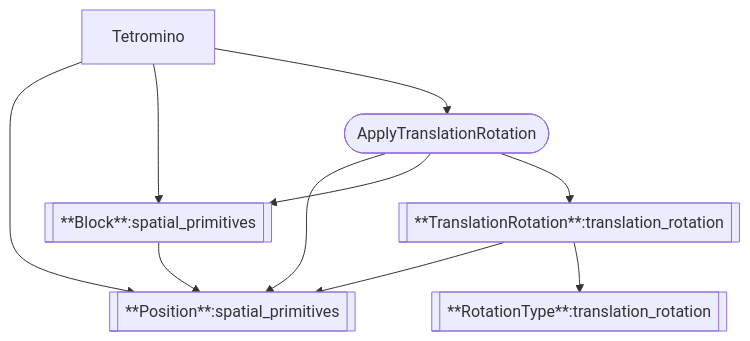
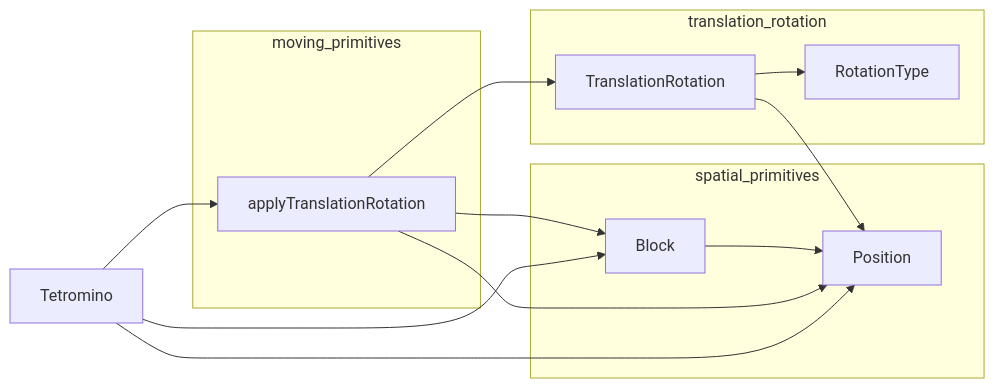
The diagram in src/app/player/back_end/flowgraph.md (inesvar/tetris), drawn with Mermaid before and after one commit. The commit also changed 7 other files, not shown here.

Commit message:
back_end: Create mod moving_primitives

````diff
--- a/src/app/player/back_end/flowgraph.md
+++ b/src/app/player/back_end/flowgraph.md
@@ -1,17 +1,26 @@
 ```mermaid
-graph TD;
-    Position[[**Position**:spatial_primitives]];
-    Block[[**Block**:spatial_primitives]];
-    TranslationRotation[[**TranslationRotation**:translation_rotation]];
-    RotationType[[**RotationType**:translation_rotation]];
-    applyTranslationRotation([ApplyTranslationRotation]);
+graph LR;
+    Position[Position];
+    Block[Block];
+    TranslationRotation[TranslationRotation];
+    RotationType[RotationType];
+    spatial_primitives[spatial_primitives];
+    translation_rotation[translation_rotation];
+    moving_primitives[moving_primitives];
+    subgraph spatial_primitives;
+    Block-->Position;
+    end;
+    subgraph translation_rotation;
+    TranslationRotation-->RotationType;
+    end;
+    TranslationRotation-->Position;
+    subgraph moving_primitives;
+    applyTranslationRotation;
+    end;
+    applyTranslationRotation-->Position;
+    applyTranslationRotation-->Block;
+    applyTranslationRotation-->TranslationRotation;
     Tetromino-->Position;
     Tetromino-->Block;
     Tetromino-->applyTranslationRotation;
-    applyTranslationRotation-->Position;
-    applyTranslationRotation-->Block;
-    applyTranslationRotation-->TranslationRotation;
-    TranslationRotation-->Position;
-    TranslationRotation-->RotationType;
-    Block-->Position;
 ```
````
